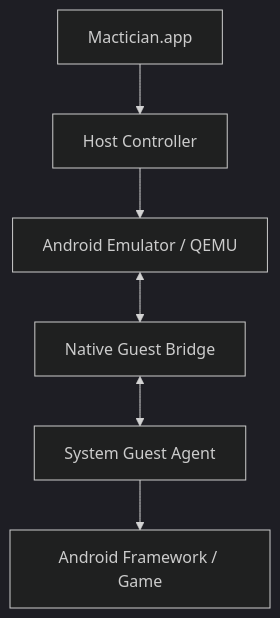
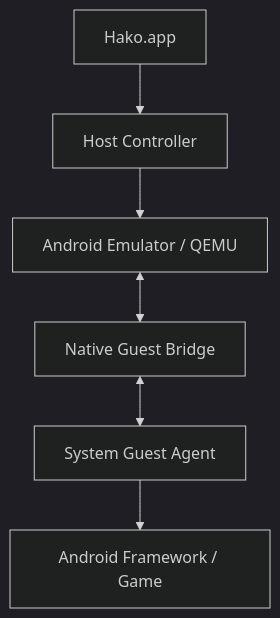
The diagram in docs/custom-runtime.md (sugurunatsuno/game-emulator), drawn with Mermaid (dark theme) before and after one commit. The commit also changed other lines of this file, not shown here.

Commit message:
Rename custom runtime docs to Hako

````diff
--- a/docs/custom-runtime.md
+++ b/docs/custom-runtime.md
@@ -75,8 +75,8 @@
 ```mermaid
 flowchart TD
-    A[Mactician.app] --> B[Host Controller]
+    A[Hako.app] --> B[Host Controller]
     B --> C[Android Emulator / QEMU]
     C <--> D[Native Guest Bridge]
     D <--> E[System Guest Agent]
     E --> F[Android Framework / Game]
 ```
````
